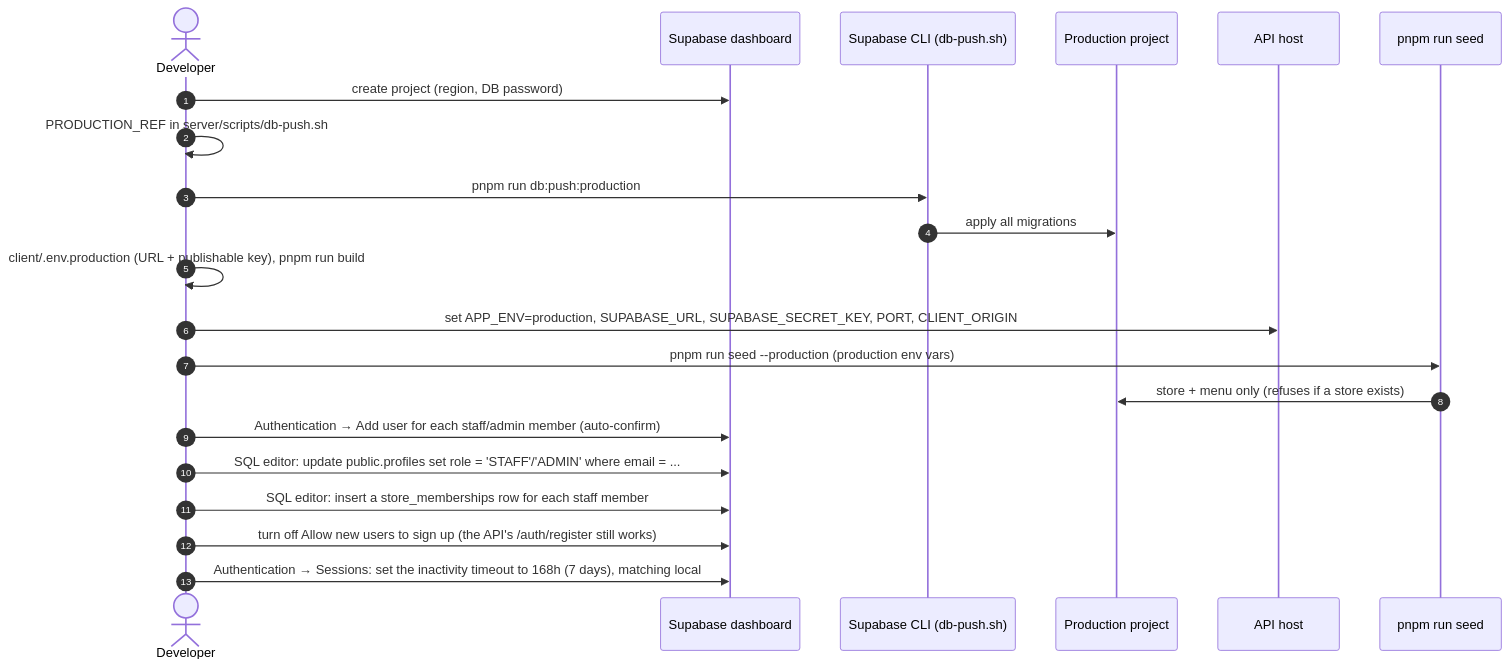
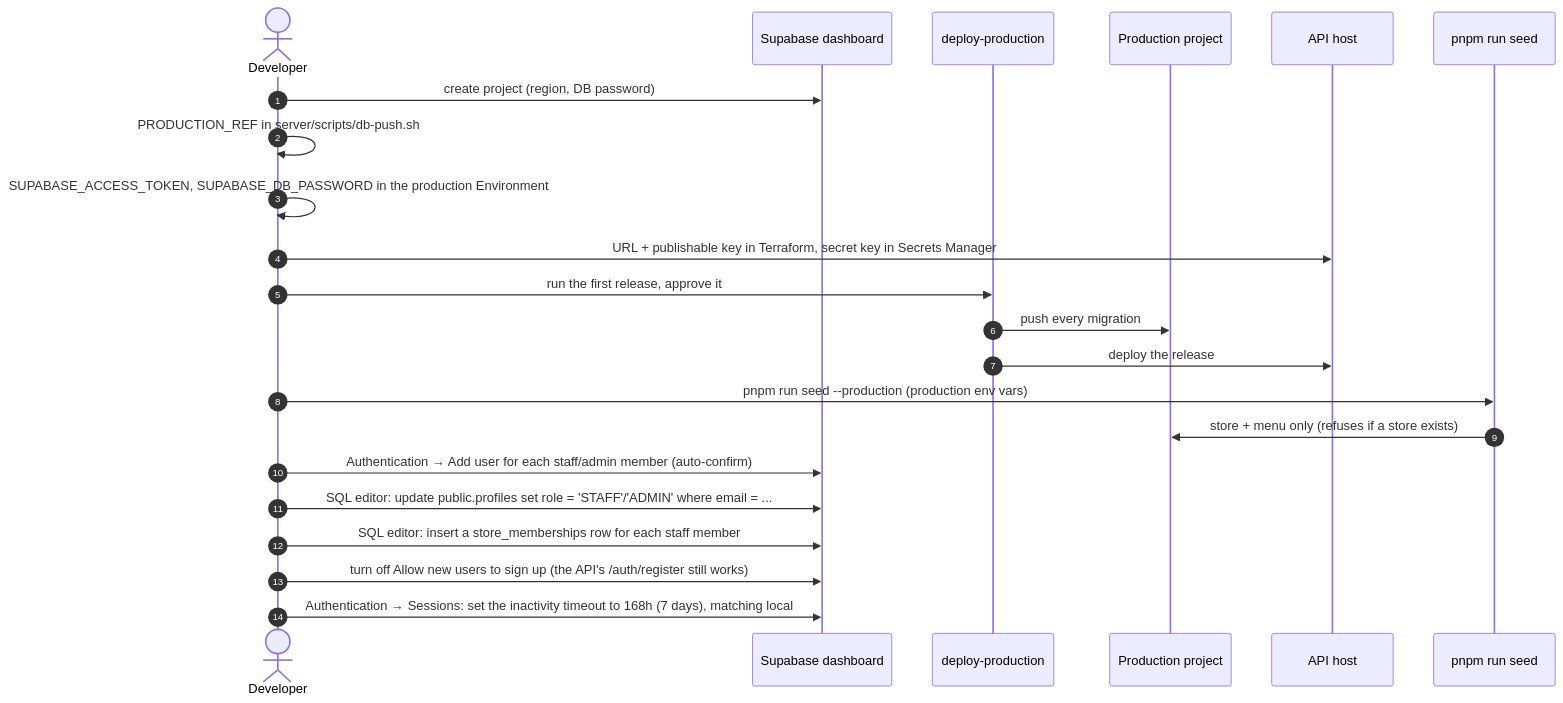
The fifth of 5 diagrams in docs/DEPLOYMENT.md (The-KhaNha/KhaNha), drawn with Mermaid before and after one commit. The commit also changed other lines of this file and 27 other files, not shown here.

First line of the commit message:
release: client 0.2.3, server 0.4.0 (#172)

````diff
--- a/docs/DEPLOYMENT.md
+++ b/docs/DEPLOYMENT.md
@@ -314,24 +356,25 @@
 ```mermaid
 sequenceDiagram
   autonumber
   actor Dev as Developer
   participant Dash as Supabase dashboard
-  participant CLI as Supabase CLI (db-push.sh)
+  participant GH as deploy-production
   participant Prod as Production project
   participant Host as API host
   participant Seed as pnpm run seed
 
   Dev->>Dash: create project (region, DB password)
   Dev->>Dev: PRODUCTION_REF in server/scripts/db-push.sh
-  Dev->>CLI: pnpm run db:push:production
-  CLI->>Prod: apply all migrations
-  Dev->>Dev: client/.env.production (URL + publishable key), pnpm run build
-  Dev->>Host: set APP_ENV=production, SUPABASE_URL, SUPABASE_SECRET_KEY, PORT, CLIENT_ORIGIN
+  Dev->>Dev: SUPABASE_ACCESS_TOKEN, SUPABASE_DB_PASSWORD in the production Environment
+  Dev->>Host: URL + publishable key in Terraform, secret key in Secrets Manager
+  Dev->>GH: run the first release, approve it
+  GH->>Prod: push every migration
+  GH->>Host: deploy the release
   Dev->>Seed: pnpm run seed --production (production env vars)
   Seed->>Prod: store + menu only (refuses if a store exists)
   Dev->>Dash: Authentication → Add user for each staff/admin member (auto-confirm)
   Dev->>Dash: SQL editor: update public.profiles set role = 'STAFF'/'ADMIN' where email = ...
   Dev->>Dash: SQL editor: insert a store_memberships row for each staff member
   Dev->>Dash: turn off Allow new users to sign up (the API's /auth/register still works)
   Dev->>Dash: Authentication → Sessions: set the inactivity timeout to 168h (7 days), matching local
 ```
````
